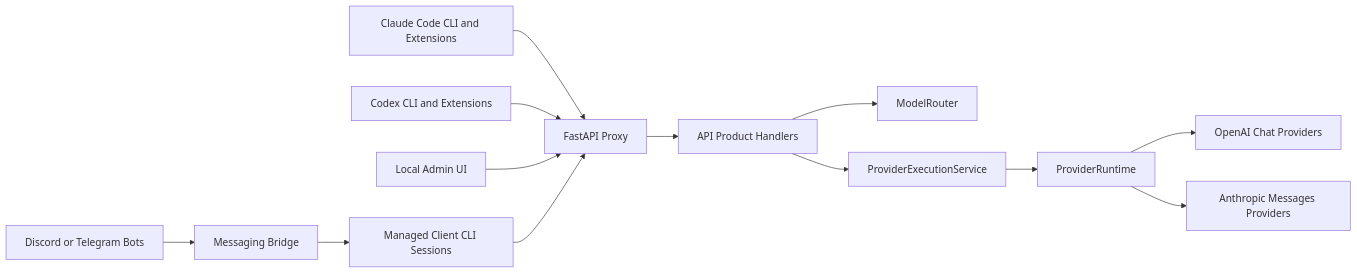
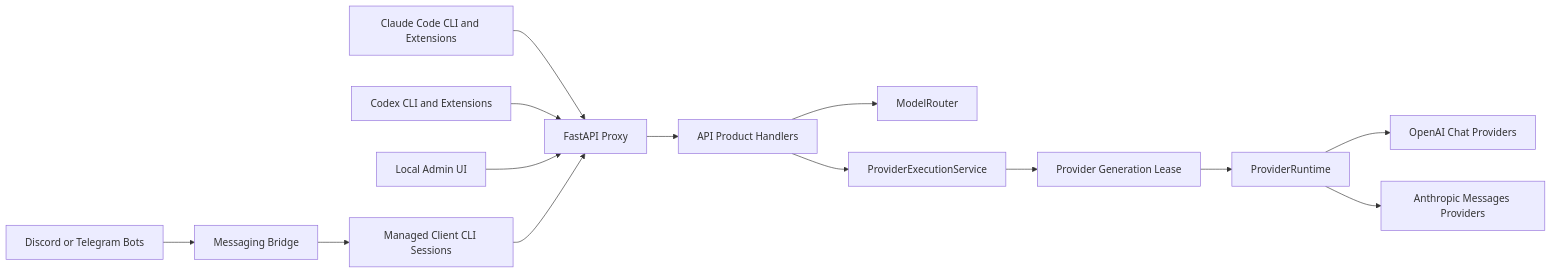
One commit to shinmentakezo07/shin07 changed the first of 3 diagrams in ARCHITECTURE.md. Above: the diagram before and after it, drawn with Mermaid. The commit also changed other lines of this file and 61 other files, not shown here.

First line of the commit message:
Establish single-owner runtime with stream-safe provider hot swaps (#1036)

````diff
--- a/ARCHITECTURE.md
+++ b/ARCHITECTURE.md
@@ -27,15 +27,16 @@
 ```mermaid
 flowchart LR
     ClaudeCode[Claude Code CLI and Extensions] --> ProxyAPI[FastAPI Proxy]
     Codex[Codex CLI and Extensions] --> ProxyAPI
     AdminUI[Local Admin UI] --> ProxyAPI
     Bots[Discord or Telegram Bots] --> Messaging[Messaging Bridge]
     Messaging --> ClientCLI[Managed Client CLI Sessions]
     ClientCLI --> ProxyAPI
     ProxyAPI --> Handlers[API Product Handlers]
     Handlers --> Router[ModelRouter]
     Handlers --> Executor[ProviderExecutionService]
-    Executor --> Providers[ProviderRuntime]
+    Executor --> Lease[Provider Generation Lease]
+    Lease --> Providers[ProviderRuntime]
     Providers --> OpenAIChat[OpenAI Chat Providers]
     Providers --> NativeAnthropic[Anthropic Messages Providers]
 ```
````
